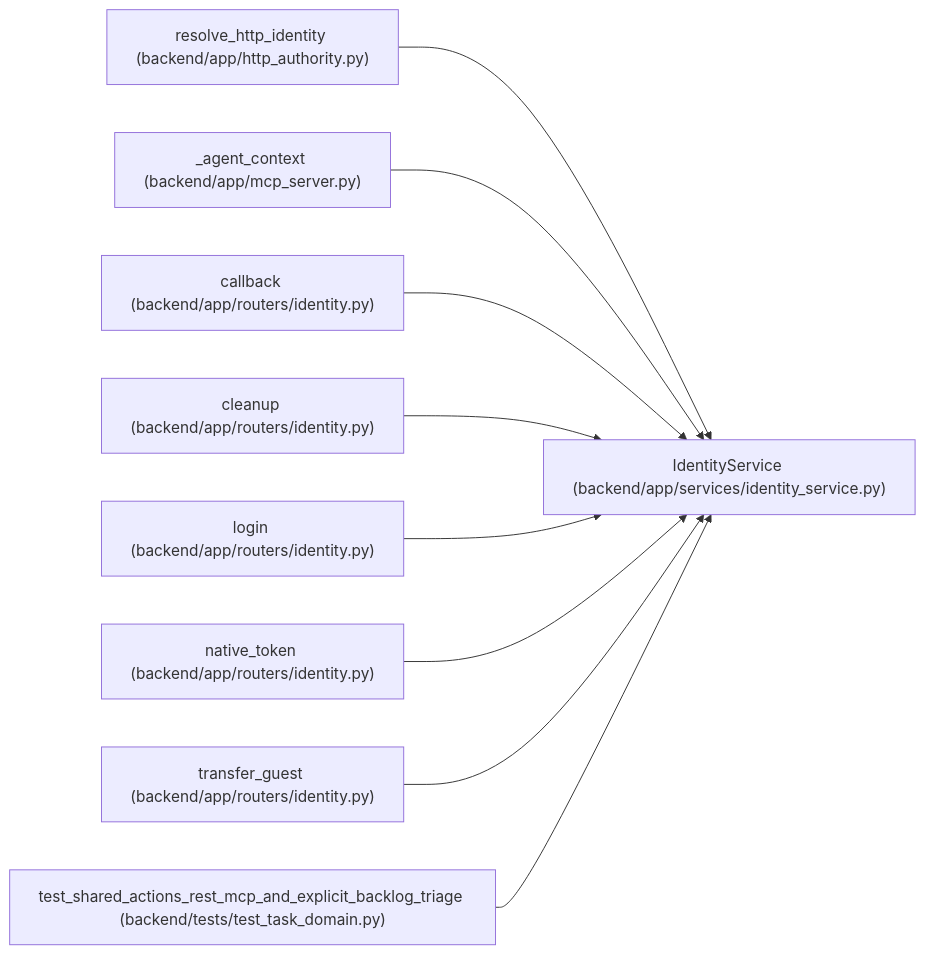
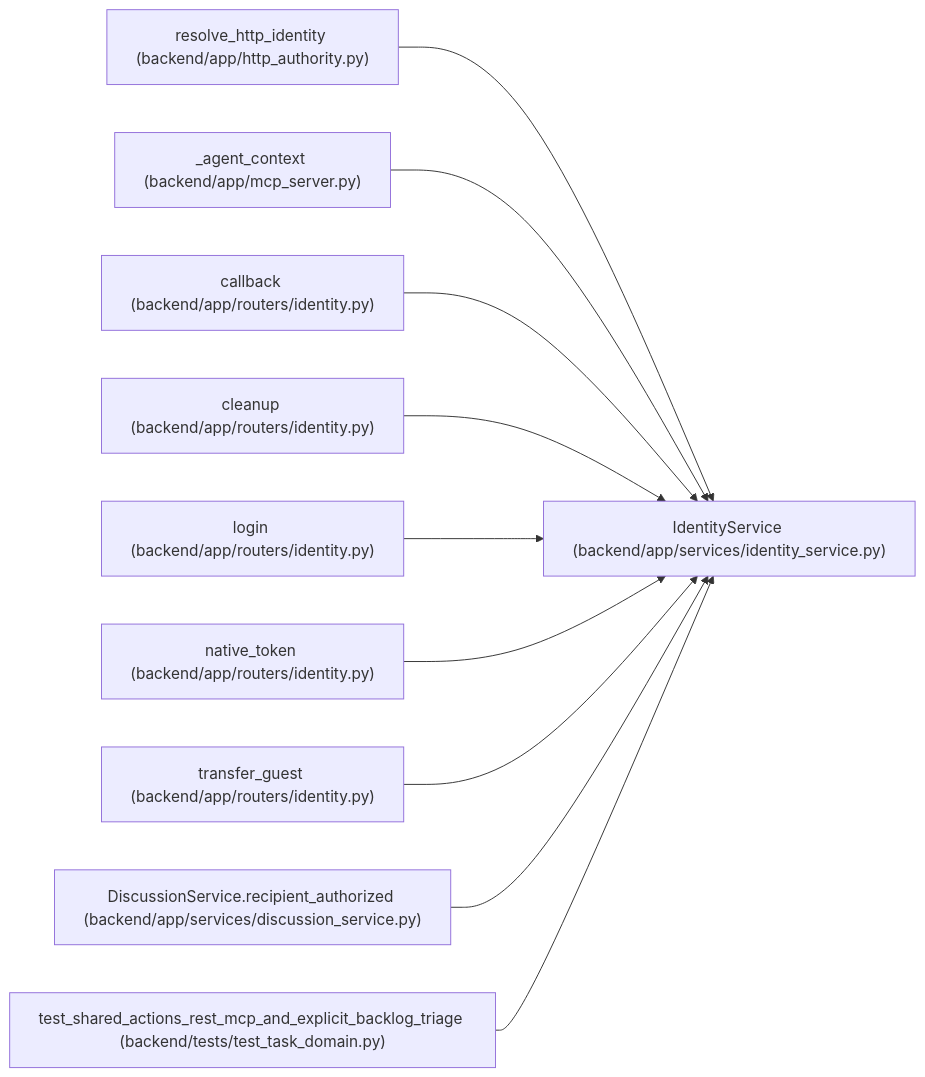
One commit to Denissvgn/WorkChord changed the diagram in docs/llm_wiki/entities/IdentityService.md. Above: the diagram before and after it, drawn with Mermaid. The commit also changed other lines of this file and 1888 other files, not shown here.

First line of the commit message:
Add human teamwork workflows, shared capacity, and task discussion (#7)

````diff
--- a/docs/llm_wiki/entities/IdentityService.md
+++ b/docs/llm_wiki/entities/IdentityService.md
@@ -34,29 +34,32 @@
 ```mermaid
 flowchart LR
     n0["IdentityService (backend/app/services/identity_service.py)"]
     n1["resolve_http_identity (backend/app/http_authority.py)"]
     n2["_agent_context (backend/app/mcp_server.py)"]
     n3["callback (backend/app/routers/identity.py)"]
     n4["cleanup (backend/app/routers/identity.py)"]
     n5["login (backend/app/routers/identity.py)"]
     n6["native_token (backend/app/routers/identity.py)"]
     n7["transfer_guest (backend/app/routers/identity.py)"]
-    n8["test_shared_actions_rest_mcp_and_explicit_backlog_triage (backend/tests/test_task_domain.py)"]
+    n8["DiscussionService.recipient_authorized (backend/app/services/discussion_service.py)"]
+    n9["test_shared_actions_rest_mcp_and_explicit_backlog_triage (backend/tests/test_task_domain.py)"]
     n1 --> n0
     n2 --> n0
     n3 --> n0
     n4 --> n0
     n5 --> n0
     n6 --> n0
     n7 --> n0
     n8 --> n0
+    n9 --> n0
     click n0 "../modules/identity_service.md"
     click n1 "../modules/http_authority.md"
     click n2 "../modules/mcp_server.md"
     click n3 "../modules/routers_identity.md"
     click n4 "../modules/routers_identity.md"
     click n5 "../modules/routers_identity.md"
     click n6 "../modules/routers_identity.md"
     click n7 "../modules/routers_identity.md"
-    click n8 "../modules/test_task_domain.md"
+    click n8 "../modules/discussion_service.md"
+    click n9 "../modules/test_task_domain.md"
 ```
````
